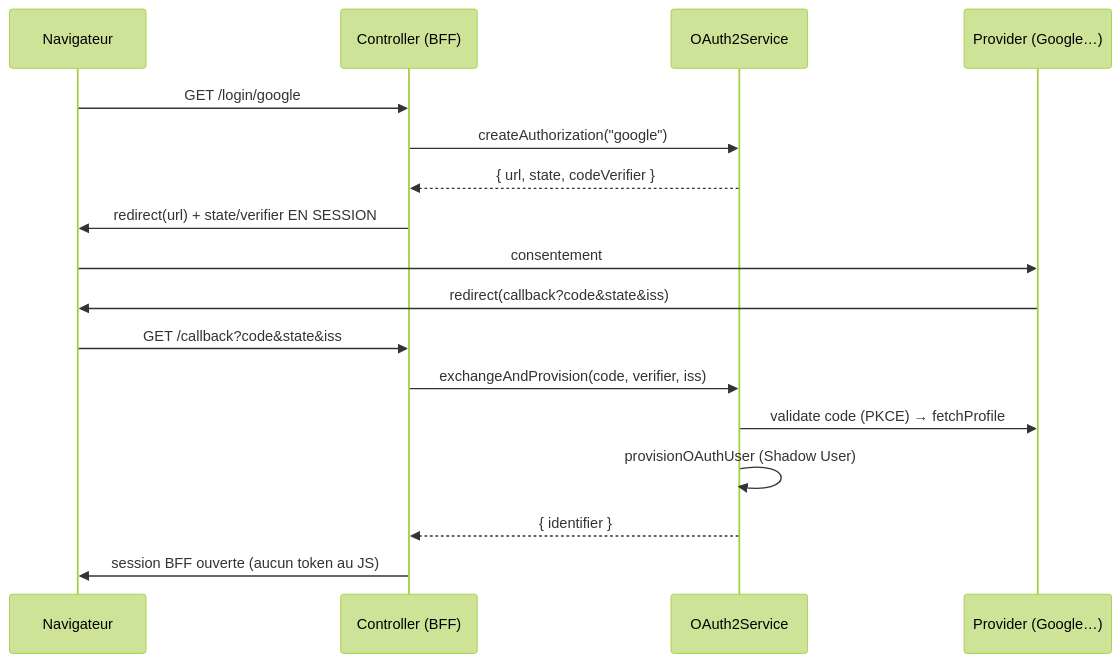
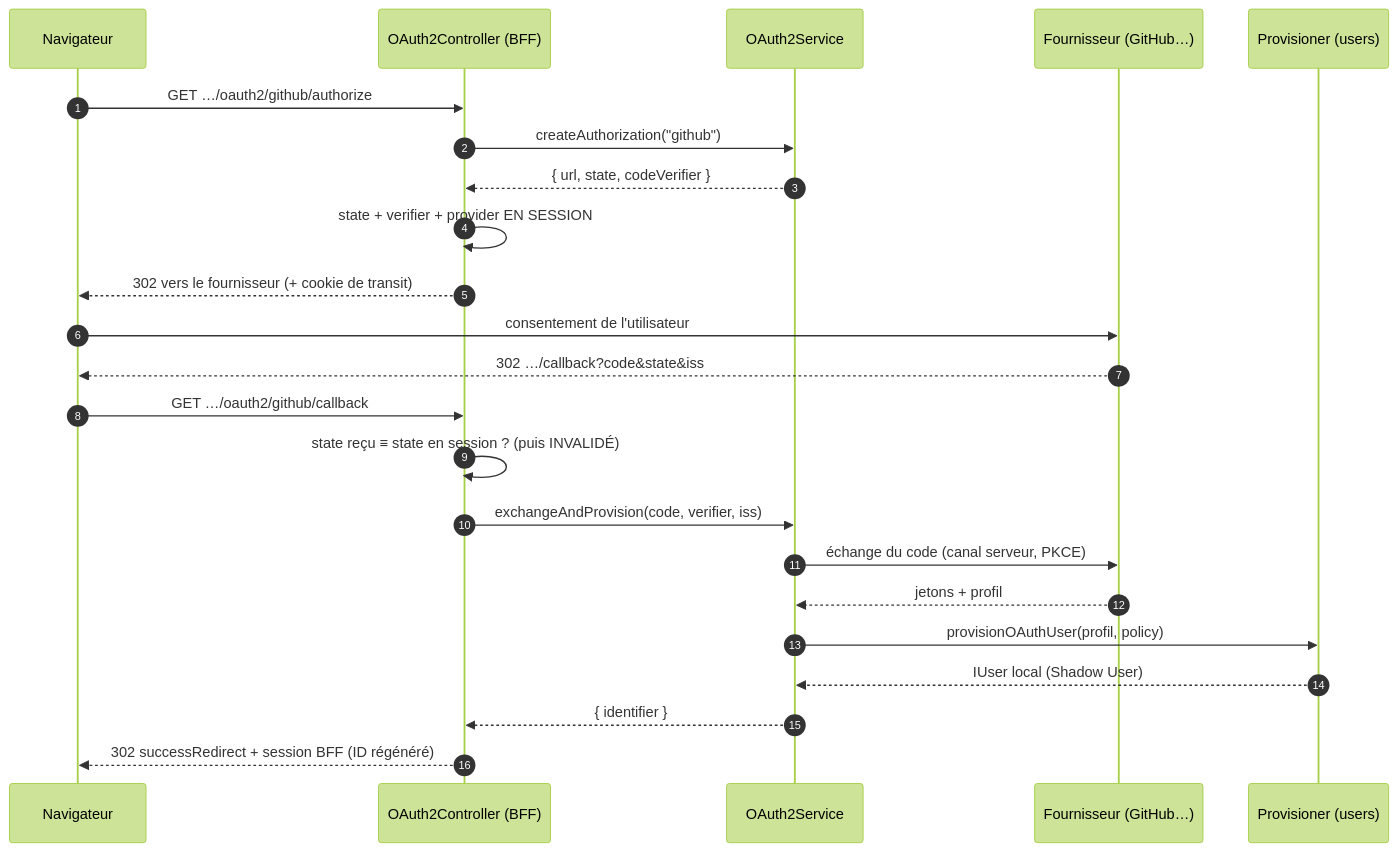
The diagram in src/packages/@nodefony/security/docs/oauth2.md (nodefony/nodefony-core), drawn with Mermaid (forest theme) before and after one commit. The commit also changed other lines of this file and 20 other files, not shown here.

````diff
--- a/src/packages/@nodefony/security/docs/oauth2.md
+++ b/src/packages/@nodefony/security/docs/oauth2.md
@@ -28,19 +52,25 @@
 ```mermaid
 sequenceDiagram
+  autonumber
   participant U as Navigateur
-  participant C as Controller (BFF)
+  participant C as OAuth2Controller (BFF)
   participant S as OAuth2Service
-  participant P as Provider (Google…)
-  U->>C: GET /login/google
-  C->>S: createAuthorization("google")
+  participant P as Fournisseur (GitHub…)
+  participant D as Provisioner (users)
+  U->>C: GET …/oauth2/github/authorize
+  C->>S: createAuthorization("github")
   S-->>C: { url, state, codeVerifier }
-  C->>U: redirect(url) + state/verifier EN SESSION
-  U->>P: consentement
-  P->>U: redirect(callback?code&state&iss)
-  U->>C: GET /callback?code&state&iss
+  C->>C: state + verifier + provider EN SESSION
+  C-->>U: 302 vers le fournisseur (+ cookie de transit)
+  U->>P: consentement de l'utilisateur
+  P-->>U: 302 …/callback?code&state&iss
+  U->>C: GET …/oauth2/github/callback
+  C->>C: state reçu ≡ state en session ? (puis INVALIDÉ)
   C->>S: exchangeAndProvision(code, verifier, iss)
-  S->>P: validate code (PKCE) → fetchProfile
-  S->>S: provisionOAuthUser (Shadow User)
+  S->>P: échange du code (canal serveur, PKCE)
+  P-->>S: jetons + profil
+  S->>D: provisionOAuthUser(profil, policy)
+  D-->>S: IUser local (Shadow User)
   S-->>C: { identifier }
-  C->>U: session BFF ouverte (aucun token au JS)
+  C-->>U: 302 successRedirect + session BFF (ID régénéré)
 ```
````
